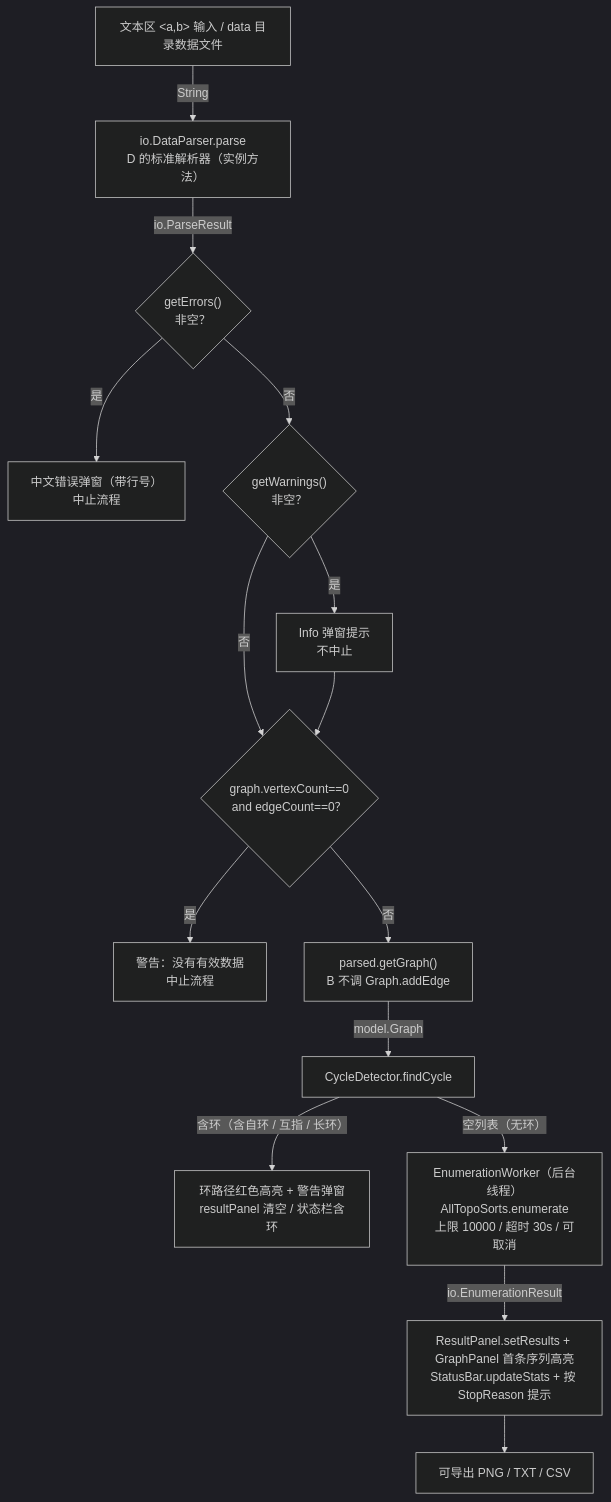
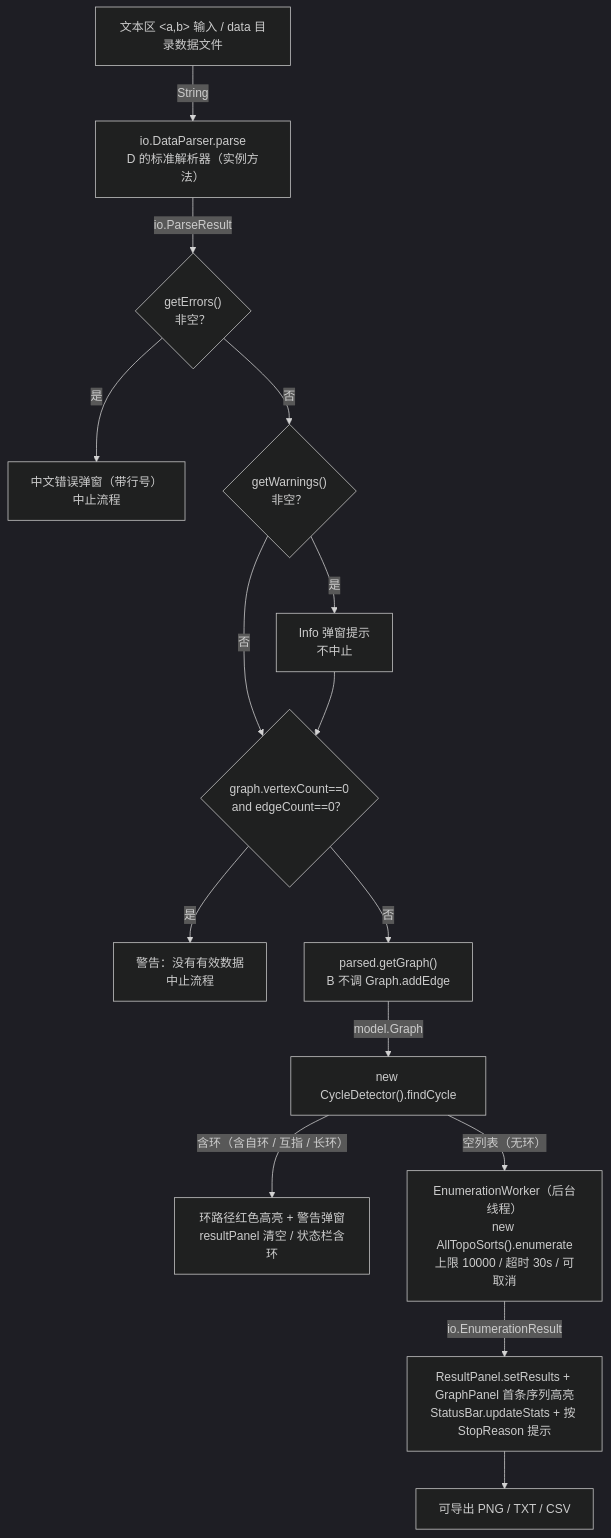
One commit to yyj138/topological-sort changed the second of 2 diagrams in docs/详细设计报告-GUI.md. Above: the diagram before and after it, drawn with Mermaid (dark theme). The commit also changed other lines of this file, not shown here.

Commit message:
【T-B】同步详细设计报告：CycleDetector/AllTopoSorts调用改为实例方法(new ...())，移除static标注

````diff
--- a/docs/详细设计报告-GUI.md
+++ b/docs/详细设计报告-GUI.md
@@ -377,18 +377,18 @@
 ```mermaid
 flowchart TD
     A["文本区 &lt;a,b&gt; 输入 / data 目录数据文件"]
     A -->|String| B["io.DataParser.parse<br/>D 的标准解析器（实例方法）"]
     B -->|io.ParseResult| C{"getErrors()<br/>非空？"}
     C -->|是| D["中文错误弹窗（带行号）<br/>中止流程"]
     C -->|否| E{"getWarnings()<br/>非空？"}
     E -->|是| F["Info 弹窗提示<br/>不中止"]
     E -->|否| G
     F --> G{"graph.vertexCount==0<br/>and edgeCount==0？"}
     G -->|是| H["警告：没有有效数据<br/>中止流程"]
     G -->|否| I["parsed.getGraph()<br/>B 不调 Graph.addEdge"]
-    I -->|model.Graph| J["CycleDetector.findCycle"]
+    I -->|model.Graph| J["new CycleDetector().findCycle"]
     J -->|含环（含自环 / 互指 / 长环）| K["环路径红色高亮 + 警告弹窗<br/>resultPanel 清空 / 状态栏含环"]
-    J -->|空列表（无环）| L["EnumerationWorker（后台线程）<br/>AllTopoSorts.enumerate<br/>上限 10000 / 超时 30s / 可取消"]
+    J -->|空列表（无环）| L["EnumerationWorker（后台线程）<br/>new AllTopoSorts().enumerate<br/>上限 10000 / 超时 30s / 可取消"]
     L -->|io.EnumerationResult| M["ResultPanel.setResults + GraphPanel 首条序列高亮<br/>StatusBar.updateStats + 按 StopReason 提示"]
     M --> N["可导出 PNG / TXT / CSV"]
 ```
````
